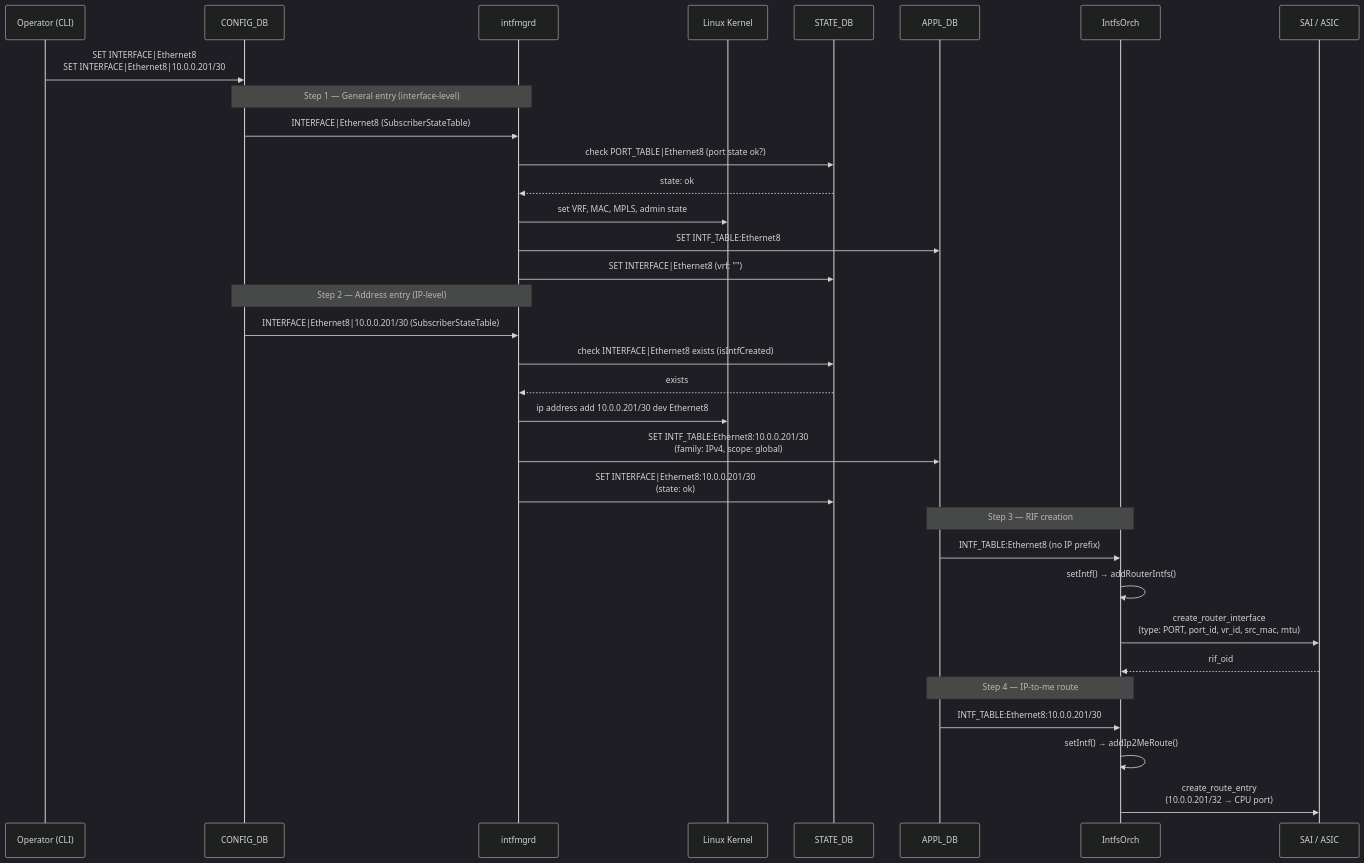
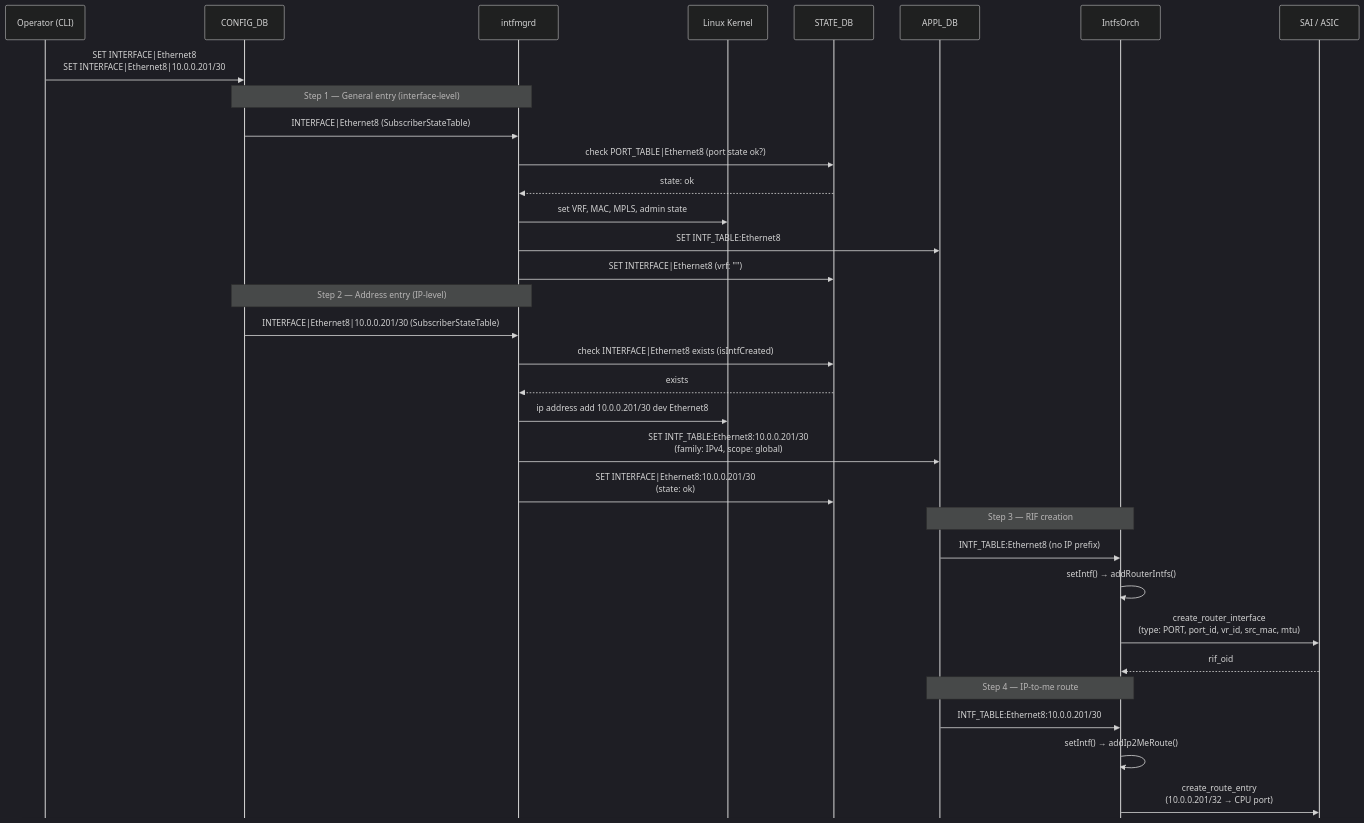
One commit to ManiAm/sonic-lab-internals changed the first of 3 diagrams in docs/18_forwarding_chain.md. Above: the diagram before and after it, drawn with Mermaid (dark theme). The commit also changed other lines of this file and 1 other file, not shown here.

````diff
--- a/docs/18_forwarding_chain.md
+++ b/docs/18_forwarding_chain.md
@@ -32,40 +32,41 @@
 ```mermaid
+%%{init: {'sequence': {'mirrorActors': false}}}%%
 sequenceDiagram
     participant CLI as Operator (CLI)
     participant CDB as CONFIG_DB
     participant MGR as intfmgrd
     participant KER as Linux Kernel
     participant SDB as STATE_DB
     participant ADB as APPL_DB
     participant ORCH as IntfsOrch
     participant SAI as SAI / ASIC
 
     CLI->>CDB: SET INTERFACE|Ethernet8<br/>SET INTERFACE|Ethernet8|10.0.0.201/30
 
     Note over CDB,MGR: Step 1 — General entry (interface-level)
     CDB->>MGR: INTERFACE|Ethernet8 (SubscriberStateTable)
     MGR->>SDB: check PORT_TABLE|Ethernet8 (port state ok?)
     SDB-->>MGR: state: ok
     MGR->>KER: set VRF, MAC, MPLS, admin state
     MGR->>ADB: SET INTF_TABLE:Ethernet8
     MGR->>SDB: SET INTERFACE|Ethernet8 (vrf: "")
 
     Note over CDB,MGR: Step 2 — Address entry (IP-level)
     CDB->>MGR: INTERFACE|Ethernet8|10.0.0.201/30 (SubscriberStateTable)
     MGR->>SDB: check INTERFACE|Ethernet8 exists (isIntfCreated)
     SDB-->>MGR: exists
     MGR->>KER: ip address add 10.0.0.201/30 dev Ethernet8
     MGR->>ADB: SET INTF_TABLE:Ethernet8:10.0.0.201/30<br/>(family: IPv4, scope: global)
     MGR->>SDB: SET INTERFACE|Ethernet8:10.0.0.201/30<br/>(state: ok)
 
     Note over ADB,ORCH: Step 3 — RIF creation
     ADB->>ORCH: INTF_TABLE:Ethernet8 (no IP prefix)
     ORCH->>ORCH: setIntf() → addRouterIntfs()
     ORCH->>SAI: create_router_interface<br/>(type: PORT, port_id, vr_id, src_mac, mtu)
     SAI-->>ORCH: rif_oid
 
     Note over ADB,ORCH: Step 4 — IP-to-me route
     ADB->>ORCH: INTF_TABLE:Ethernet8:10.0.0.201/30
     ORCH->>ORCH: setIntf() → addIp2MeRoute()
     ORCH->>SAI: create_route_entry<br/>(10.0.0.201/32 → CPU port)
 ```
````
